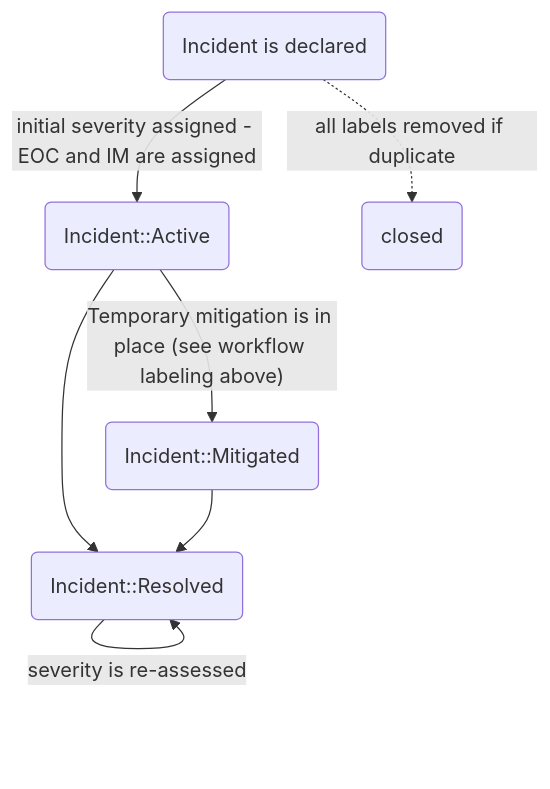
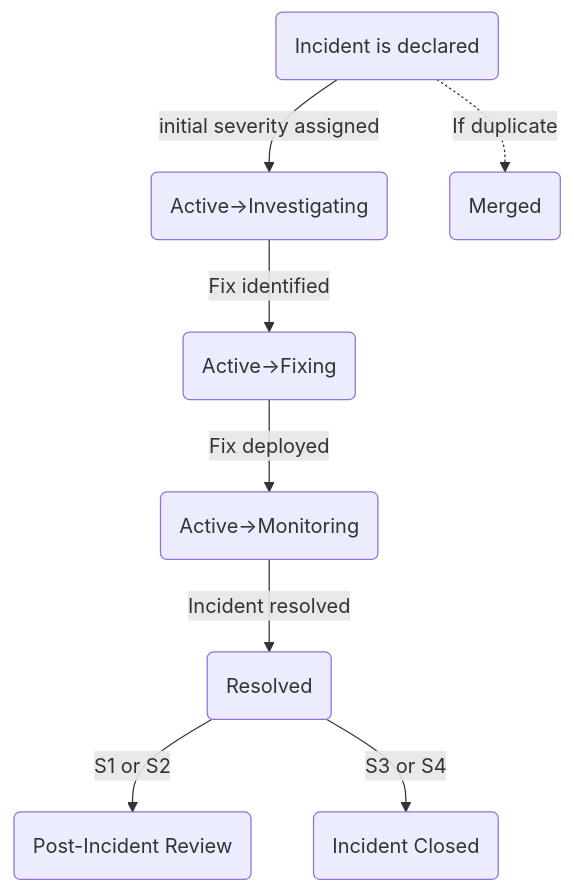
Before and after one commit to zalyoung/gitlab-handbook: the diagram in content/handbook/engineering/infrastructure/incident-management/_index.md, drawn with Mermaid. The commit also changed other lines of this file, not shown here.

Commit message:
Update incident management workflow

````diff
--- a/content/handbook/engineering/infrastructure/incident-management/_index.md
+++ b/content/handbook/engineering/infrastructure/incident-management/_index.md
@@ -756,9 +633,10 @@
-``` mermaid
+```mermaid
   graph TD
-    A(Incident is declared) --> |initial severity assigned - EOC and IM are assigned| B(Incident::Active)
-    A -.-> |all labels removed if duplicate| F(closed)
-    B --> |"Temporary mitigation is in place (see workflow labeling above)"| C(Incident::Mitigated)
-    B --> D
-    C --> D(Incident::Resolved)
-    D --> |severity is re-assessed| D
+    A(Incident is declared) --> |initial severity assigned| B(Active->Investigating)
+    A -.-> |If duplicate| Z(Merged)
+    B --> |"Fix identified"| C(Active->Fixing)
+    C --> |"Fix deployed"| D(Active->Monitoring)
+    D --> |"Incident resolved"| E(Resolved)
+    E --> |"S1 or S2"| F(Post-Incident Review)
+    E --> |"S3 or S4"| G(Incident Closed)
 ```
````
